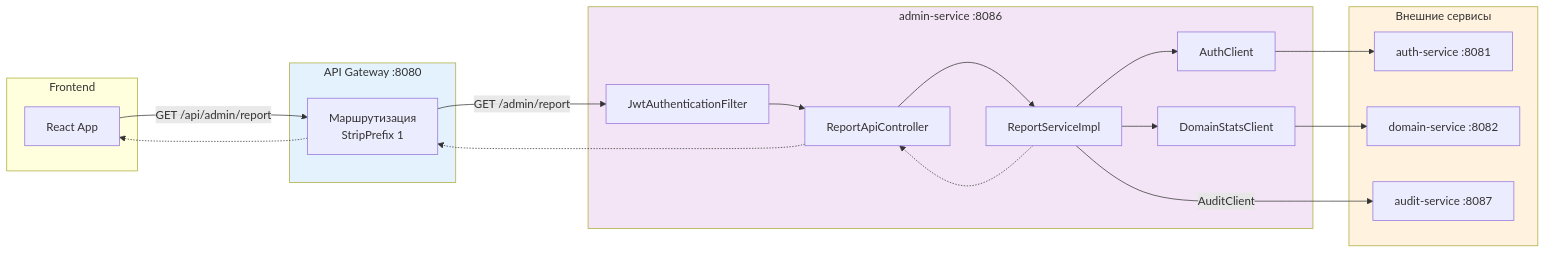
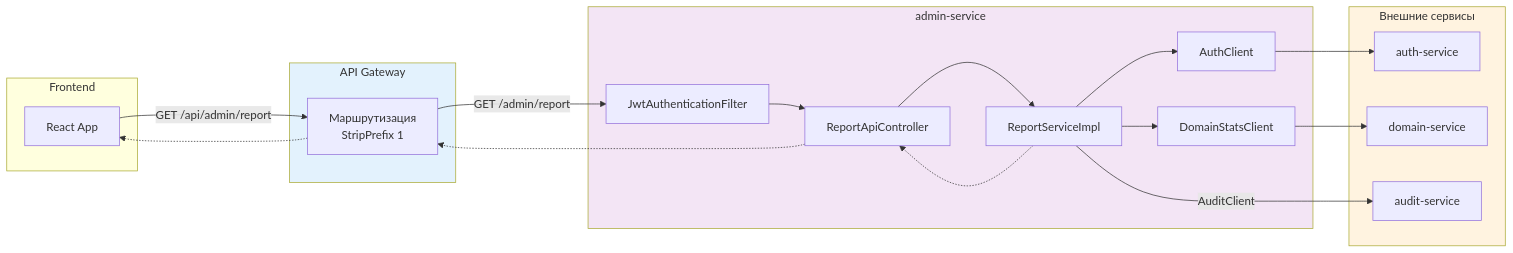
The third of 4 diagrams in admin-service/README.md (PawKorchagin/hrofos-domain-register), drawn with Mermaid before and after one commit. The commit also changed other lines of this file and 7 other files, not shown here.

````diff
--- a/admin-service/README.md
+++ b/admin-service/README.md
@@ -179,41 +206,41 @@
 ```mermaid
 flowchart LR
-    subgraph Frontend["Frontend"]
+    subgraph FrontendLane["         Frontend"]
         Client[React App]
     end
 
-    subgraph Gateway["API Gateway :8080"]
+    subgraph GatewayLane["         API Gateway"]
         Router[Маршрутизация<br/>StripPrefix 1]
     end
 
-    subgraph Admin["admin-service :8086"]
+    subgraph AdminLane["         admin-service"]
         Filter[JwtAuthenticationFilter]
         Controller[ReportApiController]
         Service[ReportServiceImpl]
         AuthC[AuthClient]
         DomainC[DomainStatsClient]
     end
 
-    subgraph Services["Внешние сервисы"]
-        AuthS["auth-service :8081"]
-        DomainS["domain-service :8082"]
-        AuditS["audit-service :8087"]
+    subgraph ServicesLane["         Внешние сервисы"]
+        AuthS["auth-service"]
+        DomainS["domain-service"]
+        AuditS["audit-service"]
     end
 
     Client -->|GET /api/admin/report| Router
     Router -->|GET /admin/report| Filter
     Filter --> Controller
     Controller --> Service
     Service --> AuthC
     AuthC --> AuthS
     Service --> DomainC
     DomainC --> DomainS
     Service -->|"AuditClient"| AuditS
     Service -.-> Controller
     Controller -.-> Router
     Router -.-> Client
 
-    style Gateway fill:#e3f2fd
-    style Admin fill:#f3e5f5
-    style Services fill:#fff3e0
+    style GatewayLane fill:#e3f2fd
+    style AdminLane fill:#f3e5f5
+    style ServicesLane fill:#fff3e0
 ```
````
